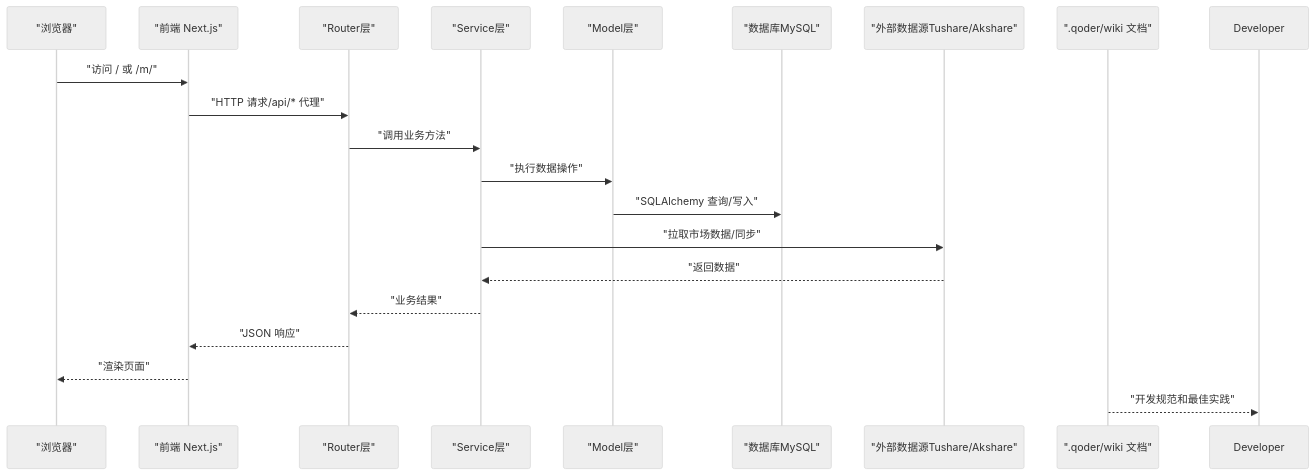
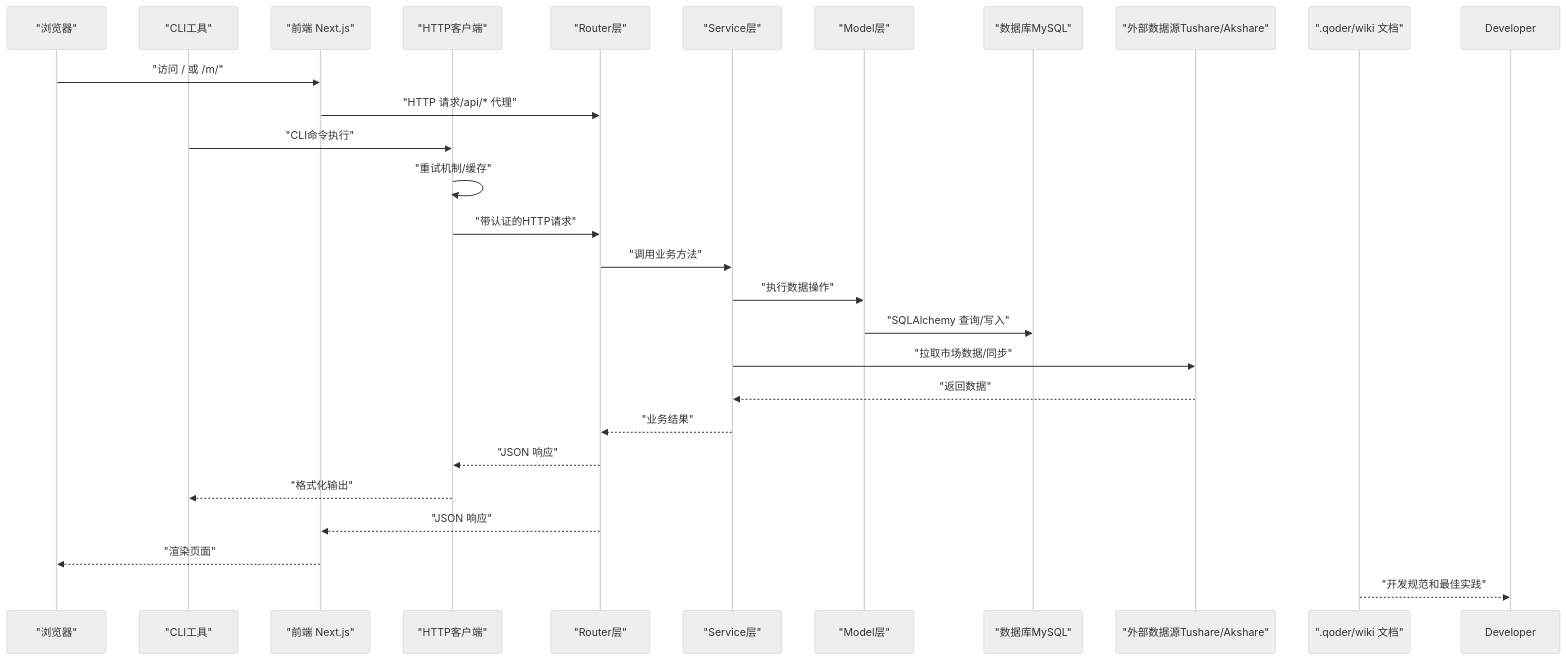
Before and after one commit to gujialind/InvestRing: the second of 9 diagrams in .qoder/repowiki/zh/content/开发指南/开发指南.md, drawn with Mermaid (neutral theme). The commit also changed other lines of this file and 8 other files, not shown here.

````diff
--- a/.qoder/repowiki/zh/content/开发指南/开发指南.md
+++ b/.qoder/repowiki/zh/content/开发指南/开发指南.md
@@ -124,22 +148,29 @@
 ```mermaid
 sequenceDiagram
 participant Browser as "浏览器"
+participant CLI as "CLI工具"
 participant FE as "前端 Next.js"
+participant Client as "HTTP客户端"
 participant Router as "Router层"
 participant Service as "Service层"
 participant Model as "Model层"
 participant DB as "数据库MySQL"
 participant Ext as "外部数据源Tushare/Akshare"
 participant Wiki as ".qoder/wiki 文档"
 Browser->>FE : "访问 / 或 /m/"
 FE->>Router : "HTTP 请求/api/* 代理"
+CLI->>Client : "CLI命令执行"
+Client->>Client : "重试机制/缓存"
+Client->>Router : "带认证的HTTP请求"
 Router->>Service : "调用业务方法"
 Service->>Model : "执行数据操作"
 Model->>DB : "SQLAlchemy 查询/写入"
 Service->>Ext : "拉取市场数据/同步"
 Ext-->>Service : "返回数据"
 Service-->>Router : "业务结果"
+Router-->>Client : "JSON 响应"
+Client-->>CLI : "格式化输出"
 Router-->>FE : "JSON 响应"
 FE-->>Browser : "渲染页面"
 Wiki-->>Developer : "开发规范和最佳实践"
 ```
````
